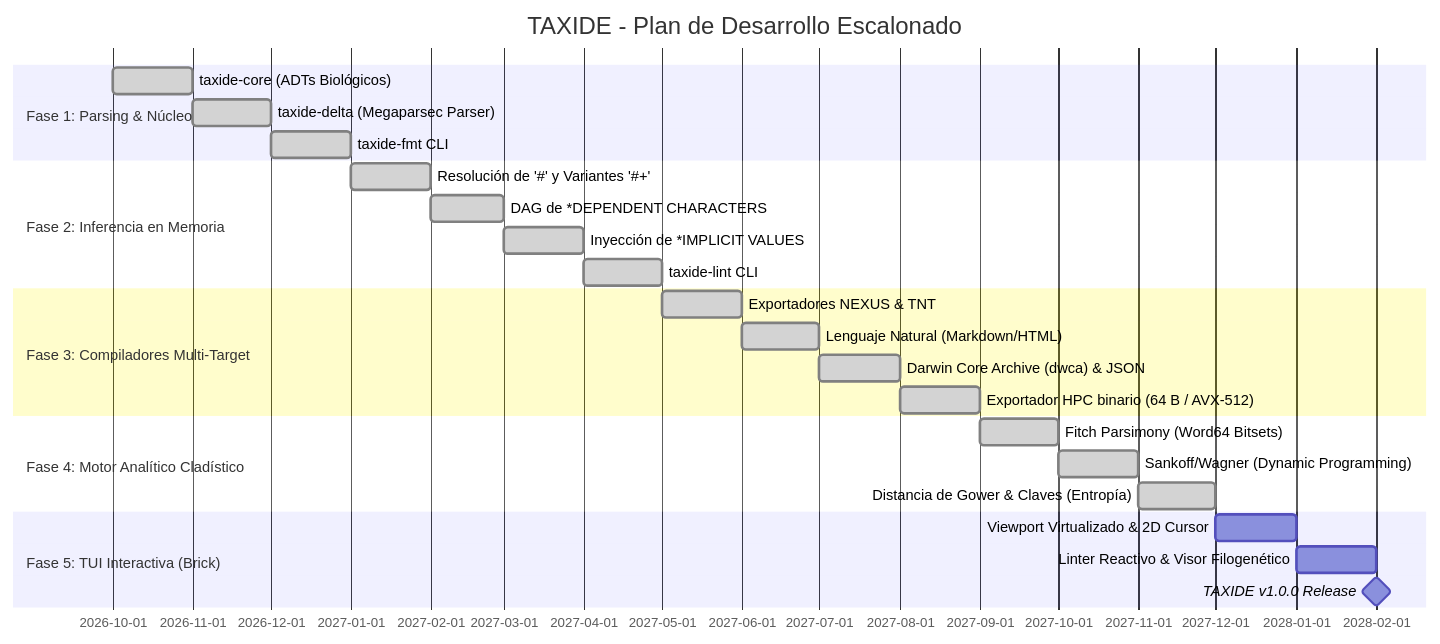
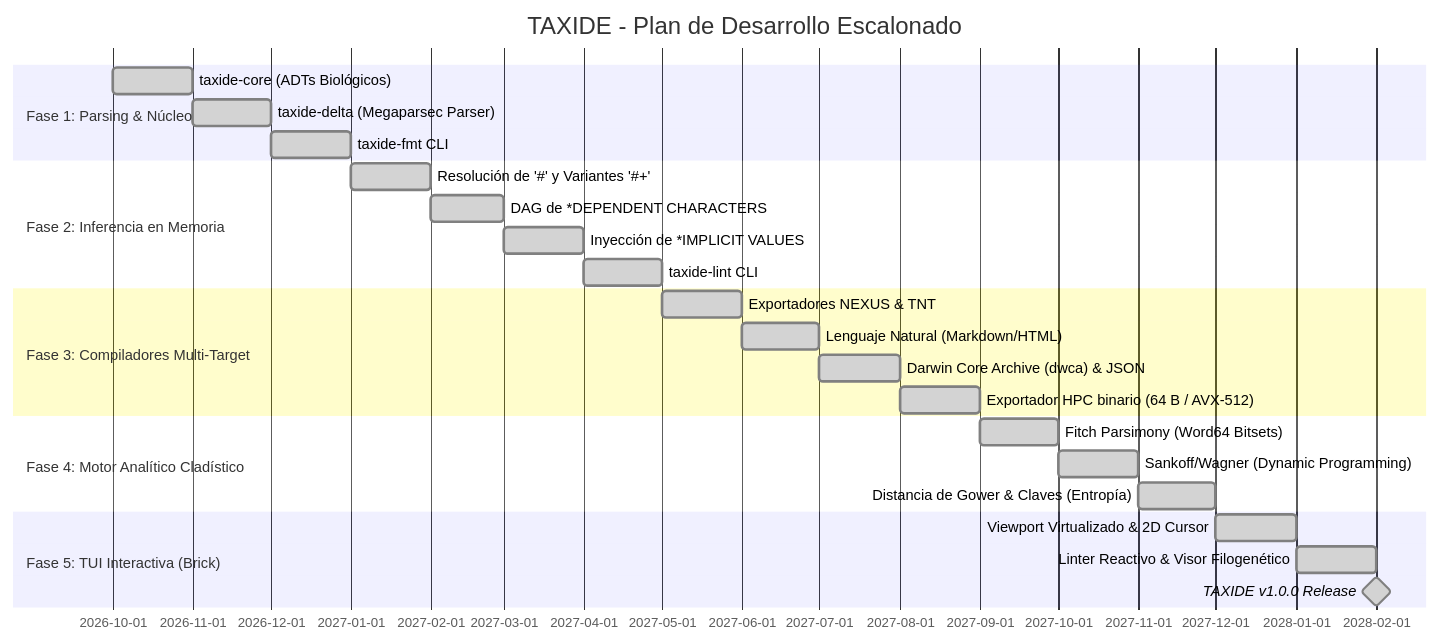
One commit to oscar-bio-dev/taxide changed the second of 2 diagrams in README.md. Above: the diagram before and after it, drawn with Mermaid. The commit also changed other lines of this file and 24 other files, not shown here.

````diff
--- a/README.md
+++ b/README.md
@@ -195,27 +195,27 @@
 ```mermaid
 gantt
     title TAXIDE - Plan de Desarrollo Escalonado
     dateFormat  YYYY-MM
     section Fase 1: Parsing & Núcleo
     taxide-core (ADTs Biológicos)           :done, f1_1, 2026-10, 1M
     taxide-delta (Megaparsec Parser)         :done, f1_2, after f1_1, 1M
     taxide-fmt CLI                           :done, f1_3, after f1_2, 1M
     section Fase 2: Inferencia en Memoria
     Resolución de '#' y Variantes '#+'       :done, f2_1, after f1_3, 1M
     DAG de *DEPENDENT CHARACTERS             :done, f2_2, after f2_1, 1M
     Inyección de *IMPLICIT VALUES            :done, f2_3, after f2_2, 1M
     taxide-lint CLI                          :done, f2_4, after f2_3, 1M
     section Fase 3: Compiladores Multi-Target
     Exportadores NEXUS & TNT                 :done, f3_1, after f2_4, 1M
     Lenguaje Natural (Markdown/HTML)         :done, f3_2, after f3_1, 1M
     Darwin Core Archive (dwca) & JSON        :done, f3_3, after f3_2, 1M
     Exportador HPC binario (64 B / AVX-512)  :done, f3_4, after f3_3, 1M
     section Fase 4: Motor Analítico Cladístico
     Fitch Parsimony (Word64 Bitsets)         :done, f4_1, after f3_4, 1M
     Sankoff/Wagner (Dynamic Programming)     :done, f4_2, after f4_1, 1M
     Distancia de Gower & Claves (Entropía)   :done, f4_3, after f4_2, 1M
     section Fase 5: TUI Interactiva (Brick)
-    Viewport Virtualizado & 2D Cursor        :f5_1, after f4_3, 1M
-    Linter Reactivo & Visor Filogenético     :f5_2, after f5_1, 1M
-    TAXIDE v1.0.0 Release                    :milestone, f5_3, after f5_2, 0d
+    Viewport Virtualizado & 2D Cursor        :done, f5_1, after f4_3, 1M
+    Linter Reactivo & Visor Filogenético     :done, f5_2, after f5_1, 1M
+    TAXIDE v1.0.0 Release                    :done, milestone, f5_3, after f5_2, 0d
 ```
````
